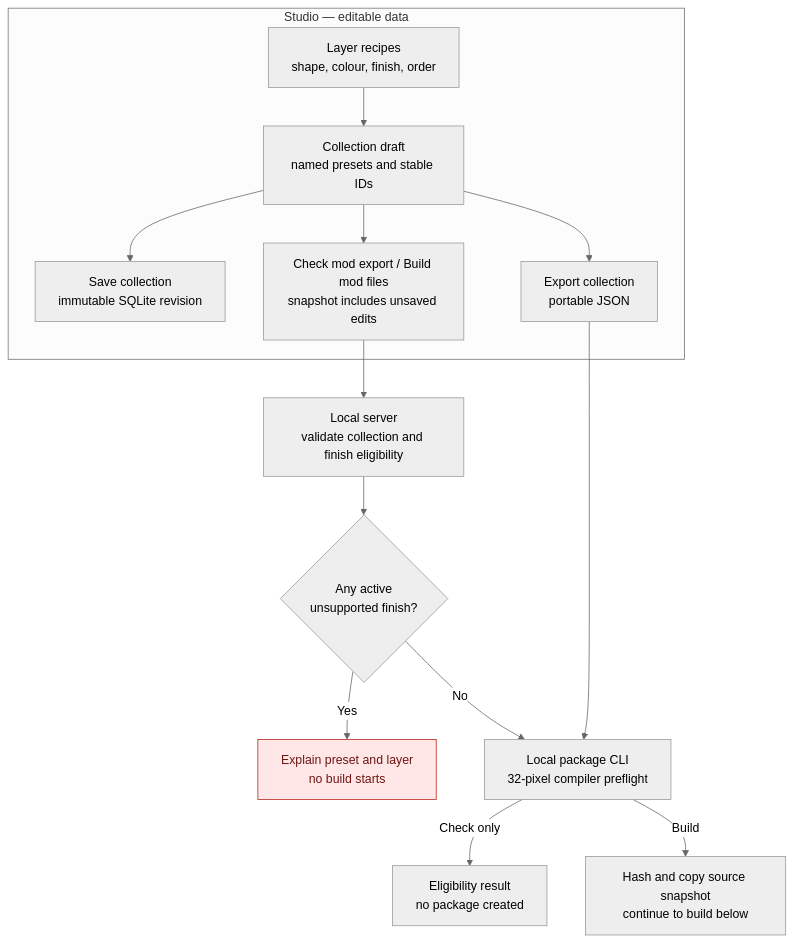
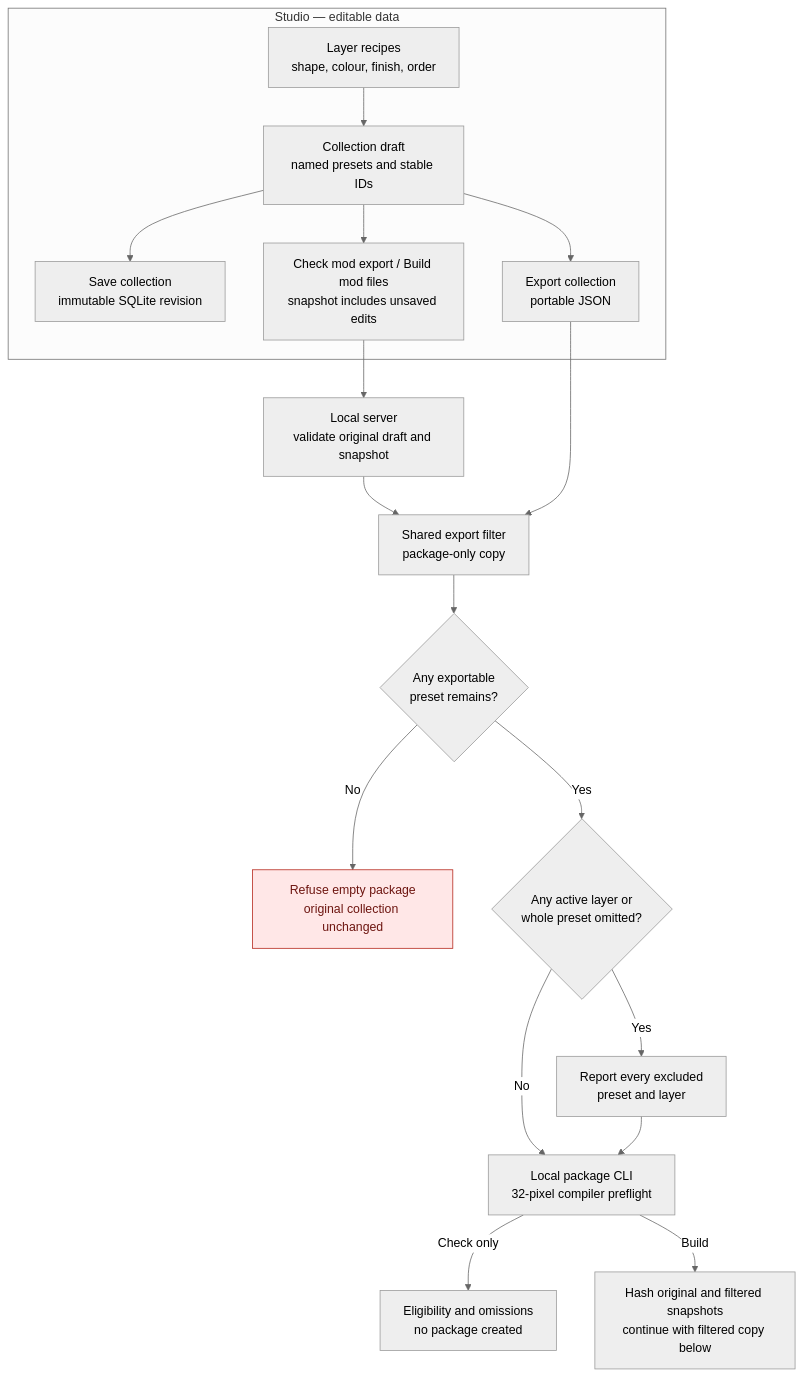
Before and after one commit to axefrog/xf-studio: the first of 3 diagrams in research/authoring/studio-to-mod-pipeline.md, drawn with Mermaid (neutral theme). The commit also changed other lines of this file and 14 other files, not shown here.

````diff
--- a/research/authoring/studio-to-mod-pipeline.md
+++ b/research/authoring/studio-to-mod-pipeline.md
@@ -11,20 +11,24 @@
 ```mermaid
 flowchart TB
   subgraph editor["Studio — editable data"]
     recipe["Layer recipes<br/>shape, colour, finish, order"] --> draft["Collection draft<br/>named presets and stable IDs"]
     draft --> sqlite["Save collection<br/>immutable SQLite revision"]
     draft --> export["Export collection<br/>portable JSON"]
     draft --> ui["Check mod export / Build mod files<br/>snapshot includes unsaved edits"]
   end
 
-  ui --> server["Local server<br/>validate collection and finish eligibility"]
-  server --> decision{"Any active<br/>unsupported finish?"}
-  decision -- Yes --> reject["Explain preset and layer<br/>no build starts"]
-  decision -- No --> cli["Local package CLI<br/>32-pixel compiler preflight"]
-  export --> cli
-  cli -- Check only --> ready["Eligibility result<br/>no package created"]
-  cli -- Build --> snapshot["Hash and copy source snapshot<br/>continue to build below"]
+  ui --> server["Local server<br/>validate original draft and snapshot"]
+  server --> filter["Shared export filter<br/>package-only copy"]
+  export --> filter
+  filter --> decision{"Any exportable<br/>preset remains?"}
+  decision -- No --> reject["Refuse empty package<br/>original collection unchanged"]
+  decision -- Yes --> omitted{"Any active layer or<br/>whole preset omitted?"}
+  omitted -- Yes --> warn["Report every excluded<br/>preset and layer"]
+  omitted -- No --> cli["Local package CLI<br/>32-pixel compiler preflight"]
+  warn --> cli
+  cli -- Check only --> ready["Eligibility and omissions<br/>no package created"]
+  cli -- Build --> snapshot["Hash original and filtered snapshots<br/>continue with filtered copy below"]
 
   classDef blocked fill:#ffe7e7,stroke:#b42318,color:#6e1611;
   class reject blocked;
 ```
````
